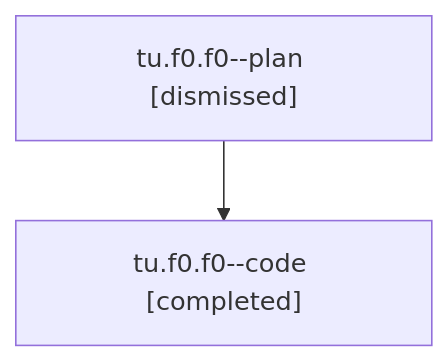
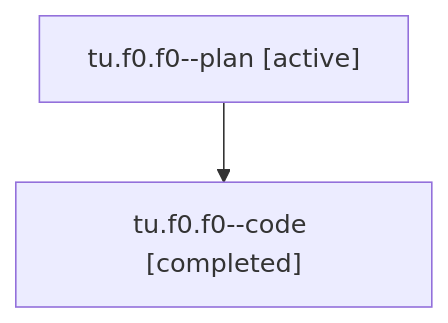
One commit to bobs-org/bob-cli--agents changed the diagram in families/bbugyi200.athena.tu.f0.f0.md. Above: the diagram before and after it, drawn with Mermaid. The commit also changed other lines of this file and 92 other files, not shown here.

````diff
--- a/families/bbugyi200.athena.tu.f0.f0.md
+++ b/families/bbugyi200.athena.tu.f0.f0.md
@@ -9,6 +9,6 @@
 ```mermaid
 flowchart TD
-  n0["tu.f0.f0--plan [dismissed]"]
+  n0["tu.f0.f0--plan [active]"]
   n1["tu.f0.f0--code [completed]"]
   n0 --> n1
 ```
````
